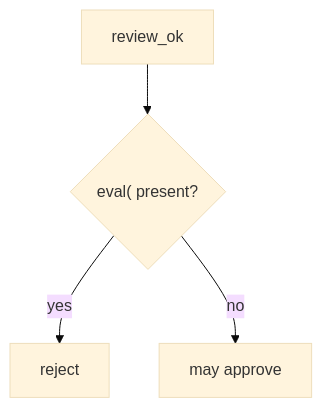
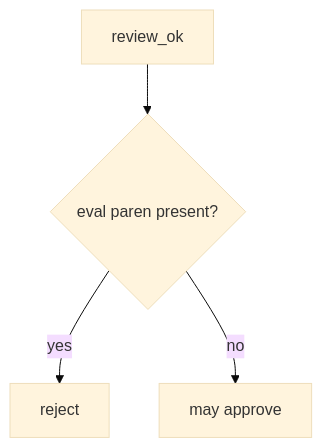
One commit to ishitvagoel/LearnSecurity changed the diagram in content/modules/9/9.2/lessons/04-build.md. Above: the diagram before and after it, drawn with Mermaid (base theme). The commit also changed other lines of this file and 28 other files, not shown here.

````diff
--- a/content/modules/9/9.2/lessons/04-build.md
+++ b/content/modules/9/9.2/lessons/04-build.md
@@ -13,6 +15,6 @@
 ```mermaid
 flowchart TD
-  Diff[review_ok] --> Ev{"eval( present?"}
+  Diff[review_ok] --> Ev{"eval paren present?"}
   Ev -->|yes| Deny[reject]
   Ev -->|no| Allow[may approve]
 ```
````
